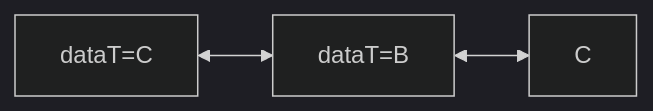
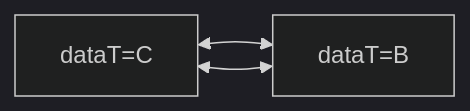
The diagram in all/未命名-10.md (YOAyes/iodraw-files), drawn with Mermaid (dark theme) before and after one commit.

Commit message:
2025-06-17 14:15:03 update

````diff
--- a/all/未命名-10.md
+++ b/all/未命名-10.md
@@ -1,6 +1,6 @@
 ```mermaid
 graph LR
-    X[dataT=C] <--> B[dataT=B]
+    C[dataT=C] <--> B[dataT=B]
     B <--> C
 
 ```
````
